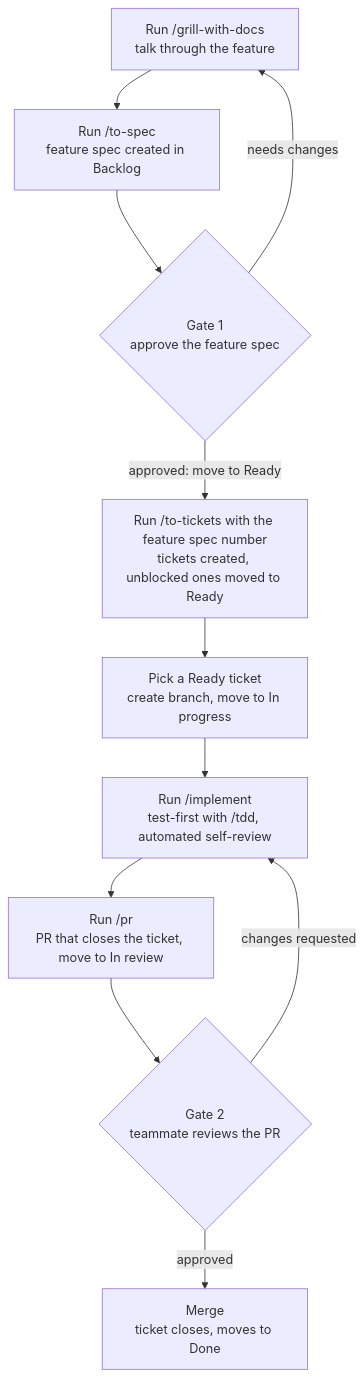
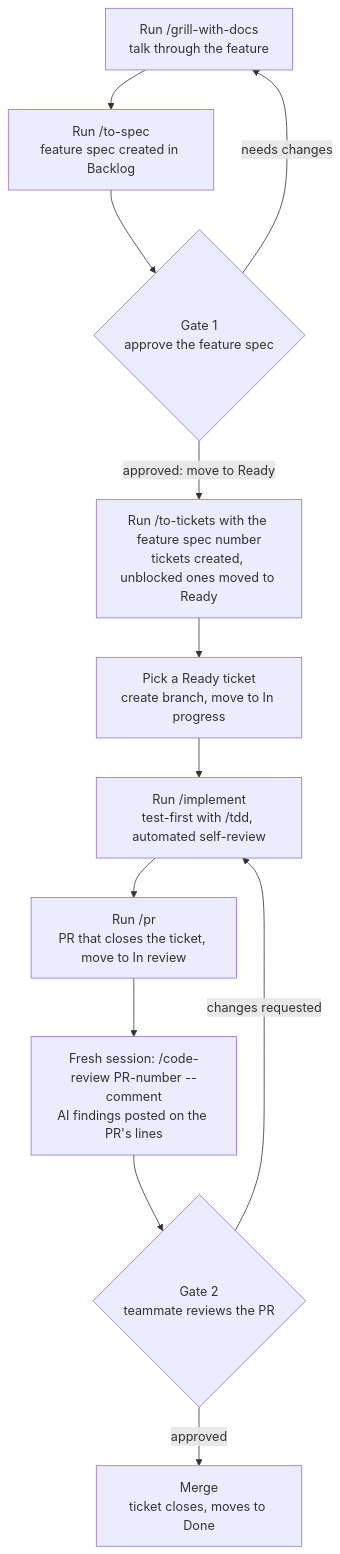
One commit to VoidLabs-org/Nimbus changed the first of 3 diagrams in docs/workflow.md. Above: the diagram before and after it, drawn with Mermaid. The commit also changed other lines of this file, not shown here.

Commit message:
docs: update workflow to include AI review step and clarify process

````diff
--- a/docs/workflow.md
+++ b/docs/workflow.md
@@ -9,13 +9,14 @@
 ```mermaid
 flowchart TD
     A["Run /grill-with-docs<br/>talk through the feature"] --> B["Run /to-spec<br/>feature spec created in Backlog"]
     B --> G1{"Gate 1<br/>approve the feature spec"}
     G1 -- "needs changes" --> A
     G1 -- "approved: move to Ready" --> C["Run /to-tickets with the feature spec number<br/>tickets created, unblocked ones moved to Ready"]
     C --> D["Pick a Ready ticket<br/>create branch, move to In progress"]
     D --> E["Run /implement<br/>test-first with /tdd, automated self-review"]
     E --> F["Run /pr<br/>PR that closes the ticket, move to In review"]
-    F --> G2{"Gate 2<br/>teammate reviews the PR"}
+    F --> R["Fresh session: /code-review PR-number --comment<br/>AI findings posted on the PR's lines"]
+    R --> G2{"Gate 2<br/>teammate reviews the PR"}
     G2 -- "changes requested" --> E
     G2 -- "approved" --> H["Merge<br/>ticket closes, moves to Done"]
 ```
````
